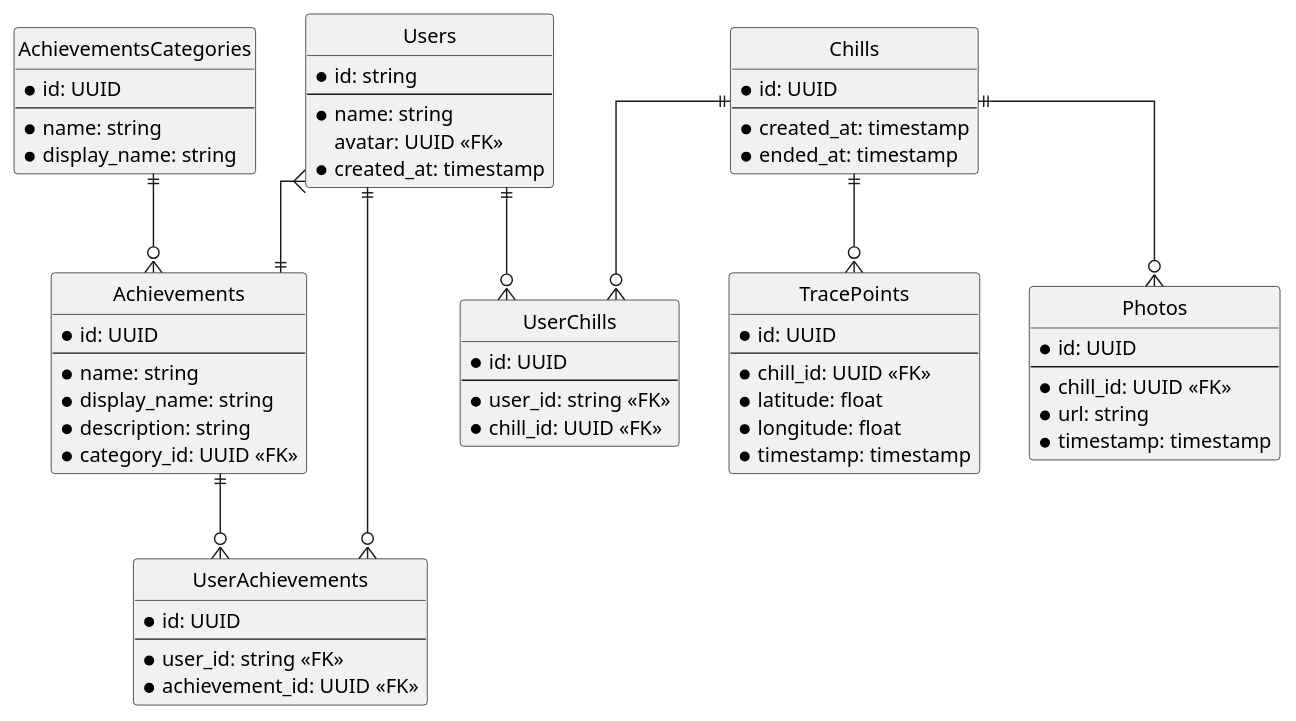
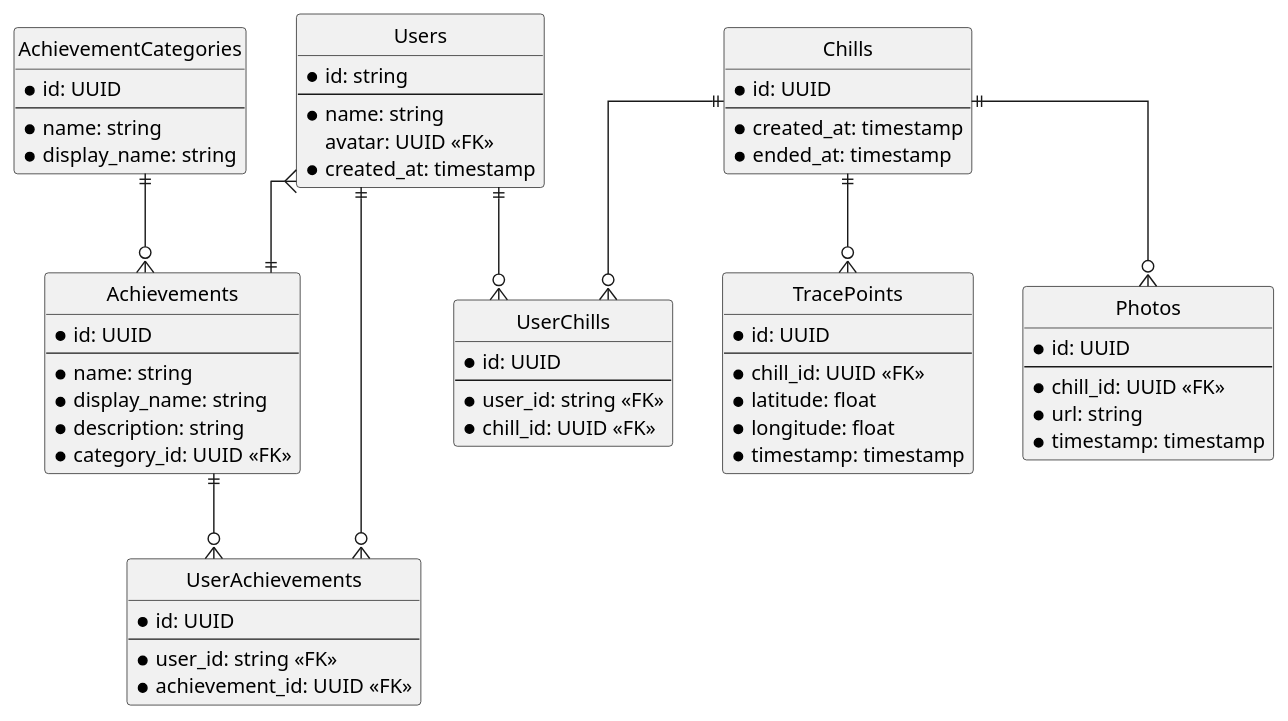
One commit to panna-cotta-2023/chilly-daze-gateway changed the diagram in docs/diagram/er_chilly_daze.pu. Above: the diagram before and after it, drawn with PlantUML. The commit also changed 3 other files, not shown here.

```diff
--- a/docs/diagram/er_chilly_daze.pu
+++ b/docs/diagram/er_chilly_daze.pu
@@ -1,81 +1,81 @@
 @startuml er_diagram
 
 ' hide the spot
 hide circle
 
 ' avoid problems with angled crows feed
 skinparam linetype ortho
 
 entity "Users" {
   * id: string
   --
   * name: string
   avatar: UUID <<FK>>
   * created_at: timestamp
 }
 
-entity "AchievementsCategories" {
+entity "AchievementCategories" {
   * id: UUID
   --
   * name: string
   * display_name: string
 }
 
 entity "Achievements" {
   * id: UUID
   --
   *name: string
   *display_name: string
   *description: string
   *category_id: UUID <<FK>>
 }
 
 entity "UserAchievements" {
   * id: UUID
   --
   * user_id: string <<FK>>
   * achievement_id: UUID <<FK>>
 }
 
 entity "Chills" {
   * id: UUID
   --
   * created_at: timestamp
   * ended_at: timestamp
 }
 
 entity "UserChills" {
   * id: UUID
   --
   * user_id: string <<FK>>
   * chill_id: UUID <<FK>>
 }
 
 entity "TracePoints" {
   * id: UUID
   --
   * chill_id: UUID <<FK>>
   * latitude: float
   * longitude: float
   * timestamp: timestamp
 }
 
 entity "Photos" {
   * id: UUID
   --
   * chill_id: UUID <<FK>>
   * url: string
   * timestamp: timestamp
 }
 
 Users ||--o{ UserAchievements
 Achievements ||--o{ UserAchievements
 Users ||--o{ UserChills
 Chills ||--o{ UserChills
 Chills ||--o{ TracePoints
 Chills ||--o{ Photos
-AchievementsCategories ||--o{ Achievements
+AchievementCategories ||--o{ Achievements
 Users }--|| Achievements
 
 
 @enduml
```
